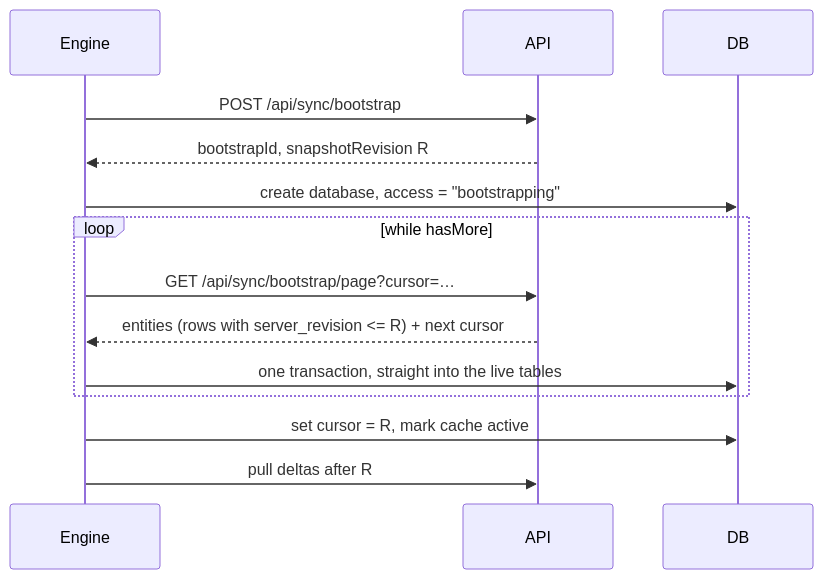
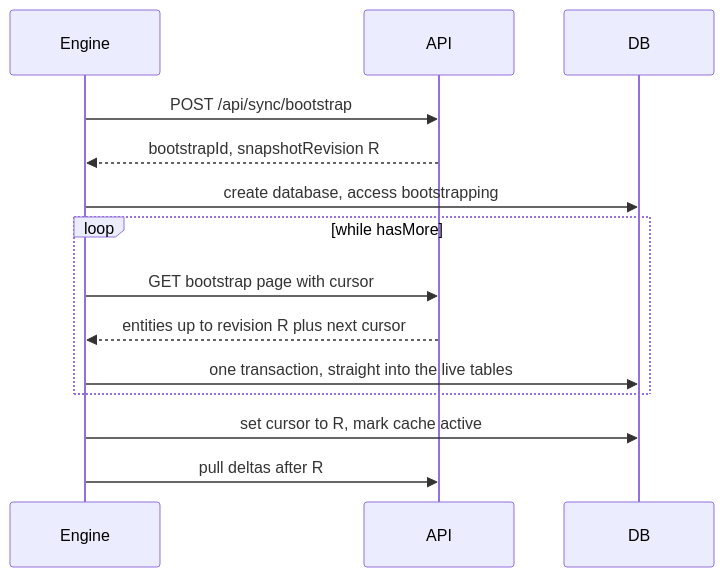
The tenth of 12 diagrams in docs/notes/STUDY-ENGINE-BRAINSTORM/STUDY-ENGINE-DESIGN/SUMMARY.md (PikaPikaGems/kanji-heatmap), drawn with Mermaid before and after one commit. The commit also changed other lines of this file, not shown here.

First line of the commit message:
Fix Mermaid parse errors in StudyEngine SUMMARY diagrams

````diff
--- a/docs/notes/STUDY-ENGINE-BRAINSTORM/STUDY-ENGINE-DESIGN/SUMMARY.md
+++ b/docs/notes/STUDY-ENGINE-BRAINSTORM/STUDY-ENGINE-DESIGN/SUMMARY.md
@@ -525,16 +524,16 @@
 ```mermaid
 sequenceDiagram
     participant Engine
     participant API
     participant DB
     Engine->>API: POST /api/sync/bootstrap
     API-->>Engine: bootstrapId, snapshotRevision R
-    Engine->>DB: create database, access = "bootstrapping"
+    Engine->>DB: create database, access bootstrapping
     loop while hasMore
-        Engine->>API: GET /api/sync/bootstrap/page?cursor=…
-        API-->>Engine: entities (rows with server_revision <= R) + next cursor
+        Engine->>API: GET bootstrap page with cursor
+        API-->>Engine: entities up to revision R plus next cursor
         Engine->>DB: one transaction, straight into the live tables
     end
-    Engine->>DB: set cursor = R, mark cache active
+    Engine->>DB: set cursor to R, mark cache active
     Engine->>API: pull deltas after R
 ```
````
